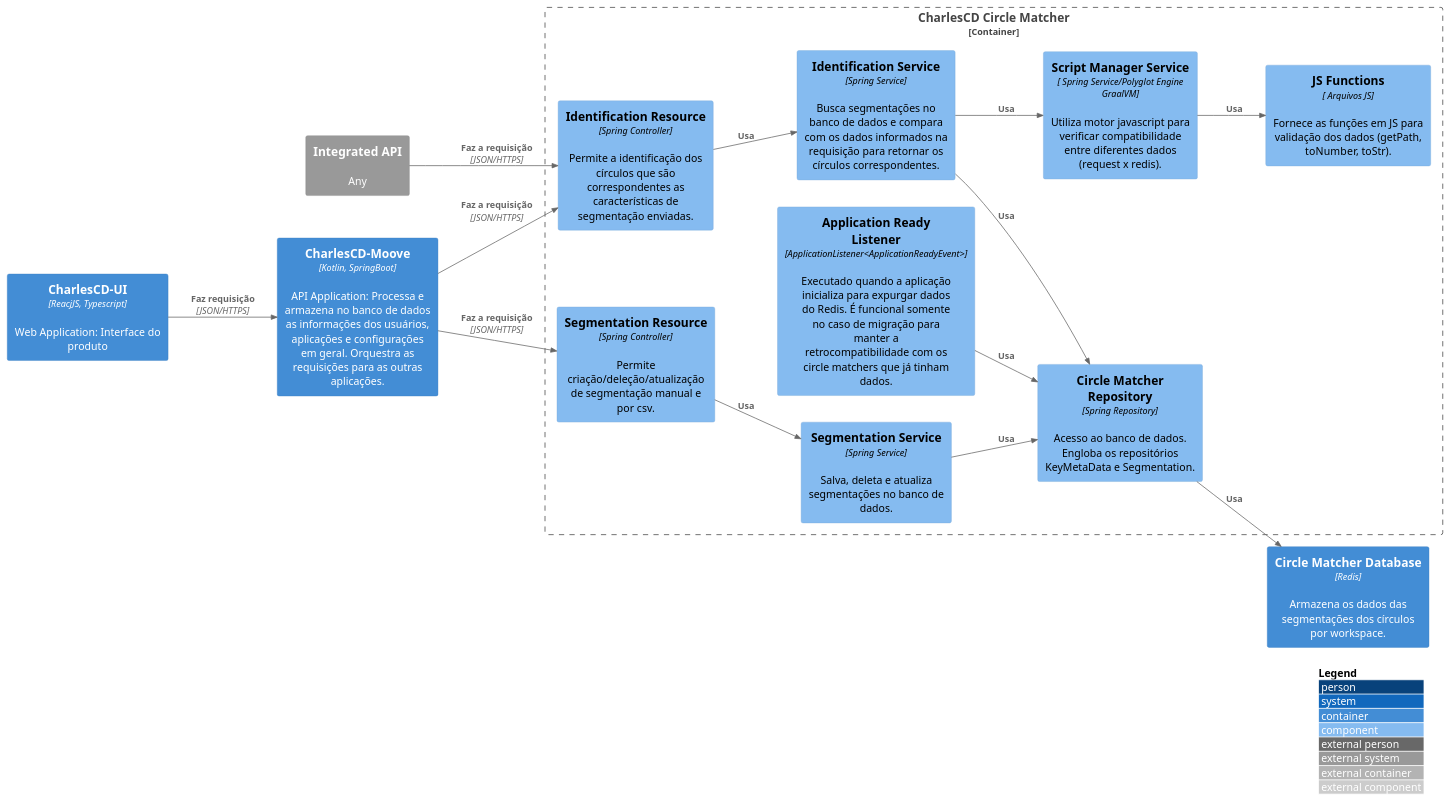
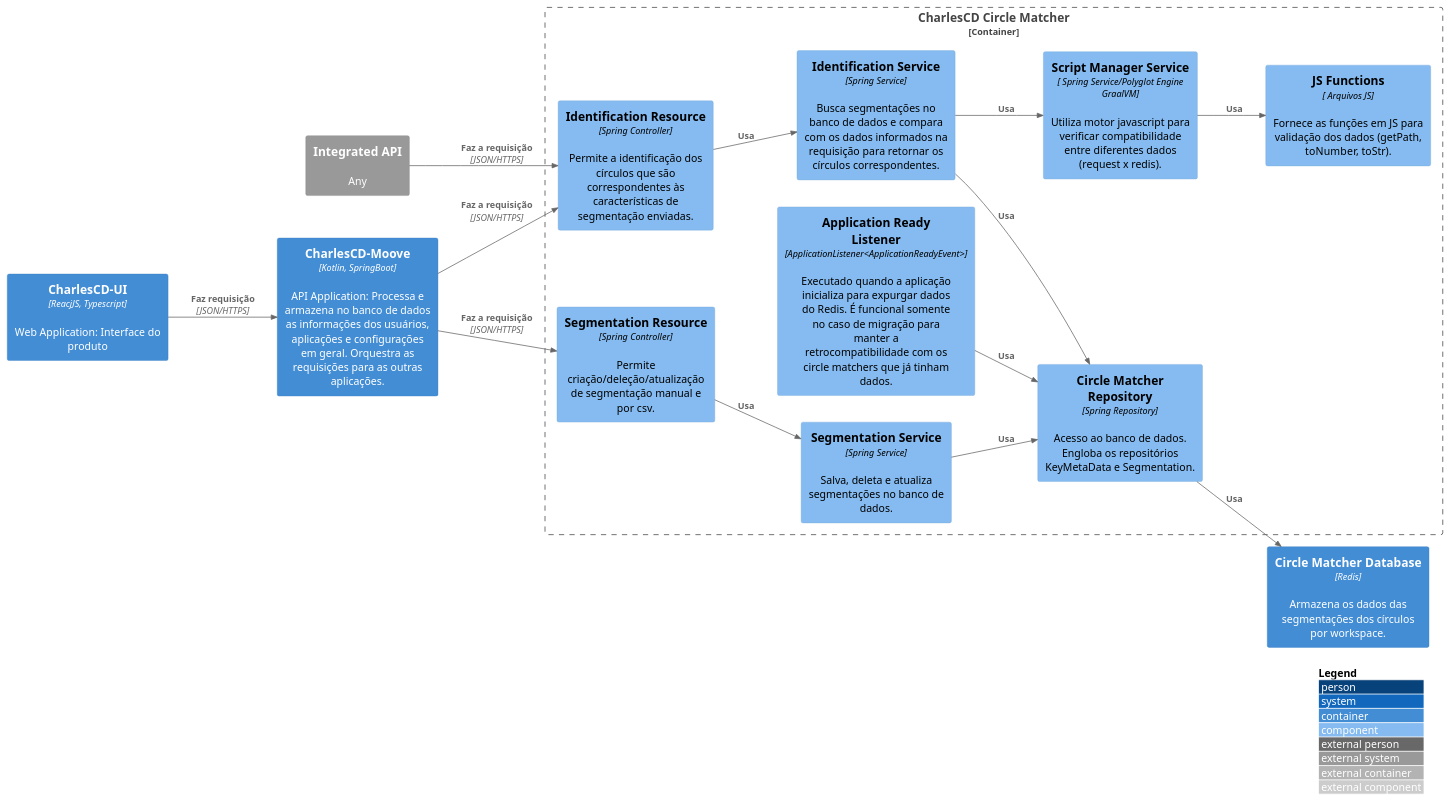
The diagram in pt-br/src/C3 -  Component/Circle-Matcher/c3.puml (ZupIT/charlescd-c4model), drawn with PlantUML before and after one commit. The commit also changed 7 other files, not shown here.

```diff
--- a/pt-br/src/C3 -  Component/Circle-Matcher/c3.puml
+++ b/pt-br/src/C3 -  Component/Circle-Matcher/c3.puml
@@ -1,46 +1,46 @@
 @startuml c2
 !include https://raw.githubusercontent.com/adrianvlupu/C4-PlantUML/latest/C4_Component.puml
 
 LAYOUT_WITH_LEGEND()
 LAYOUT_LEFT_RIGHT()
  
 Container(ui, "CharlesCD-UI", "ReacjJS, Typescript", "Web Application: Interface do produto")
 Container(circle_matcher_database, "Circle Matcher Database", "Redis", "Armazena os dados das segmentações dos círculos por workspace.")
 Container(moove, "CharlesCD-Moove", "Kotlin, SpringBoot", "API Application: Processa e armazena no banco de dados as informações dos usuários, aplicações e configurações em geral. Orquestra as requisições para as outras aplicações.")
 System_Ext(integrated_api, "Integrated API", "Any")
 
 
 Container_Boundary(charlescd_circle_matcher, "CharlesCD Circle Matcher"){
    
     Component(circle_matcher_repository, "Circle Matcher Repository", "Spring Repository", "Acesso ao banco de dados. Engloba os repositórios KeyMetaData e Segmentation.")
 
     Component(application_ready_listener, "Application Ready Listener", "ApplicationListener<ApplicationReadyEvent>", "Executado quando a aplicação inicializa para expurgar dados do Redis. É funcional somente no caso de migração para manter a retrocompatibilidade com os circle matchers que já tinham dados.")
 
     Component(segmentation_resource, "Segmentation Resource", "Spring Controller", "Permite criação/deleção/atualização de segmentação manual e por csv.")
     Component(segmentation_service, "Segmentation Service", "Spring Service", "Salva, deleta e atualiza segmentações no banco de dados.")
     
     
-    Component(identification_resource, "Identification Resource", "Spring Controller", "Permite a identificação dos círculos que são correspondentes as características de segmentação enviadas.")
+    Component(identification_resource, "Identification Resource", "Spring Controller", "Permite a identificação dos círculos que são correspondentes às características de segmentação enviadas.")
     Component(identification_service, "Identification Service", "Spring Service", "Busca segmentações no banco de dados e compara com os dados informados na requisição para retornar os círculos correspondentes.")
     Component(script_manager_service, "Script Manager Service", " Spring Service/Polyglot Engine GraalVM", "Utiliza motor javascript para verificar compatibilidade entre diferentes dados (request x redis).")
     Component(js_functions, "JS Functions", " Arquivos JS", "Fornece as funções em JS para validação dos dados (getPath, toNumber, toStr).")
     
     
     Rel(segmentation_resource, segmentation_service, "Usa")
     Rel(segmentation_service, circle_matcher_repository, "Usa")
     Rel(identification_resource, identification_service, "Usa")
     Rel(identification_service, circle_matcher_repository, "Usa")
     Rel(identification_service, script_manager_service, "Usa")
     Rel(script_manager_service, js_functions, "Usa")
     Rel(application_ready_listener, circle_matcher_repository, "Usa")
     Rel(circle_matcher_repository, circle_matcher_database, "Usa")
    
 }
 
 Rel(moove, segmentation_resource, "Faz a requisição", "JSON/HTTPS")
 Rel(moove, identification_resource, "Faz a requisição", "JSON/HTTPS")
 Rel(ui, moove, "Faz requisição", "JSON/HTTPS")
 Rel(integrated_api, identification_resource, "Faz a requisição", "JSON/HTTPS")
 
 
 @enduml
```
